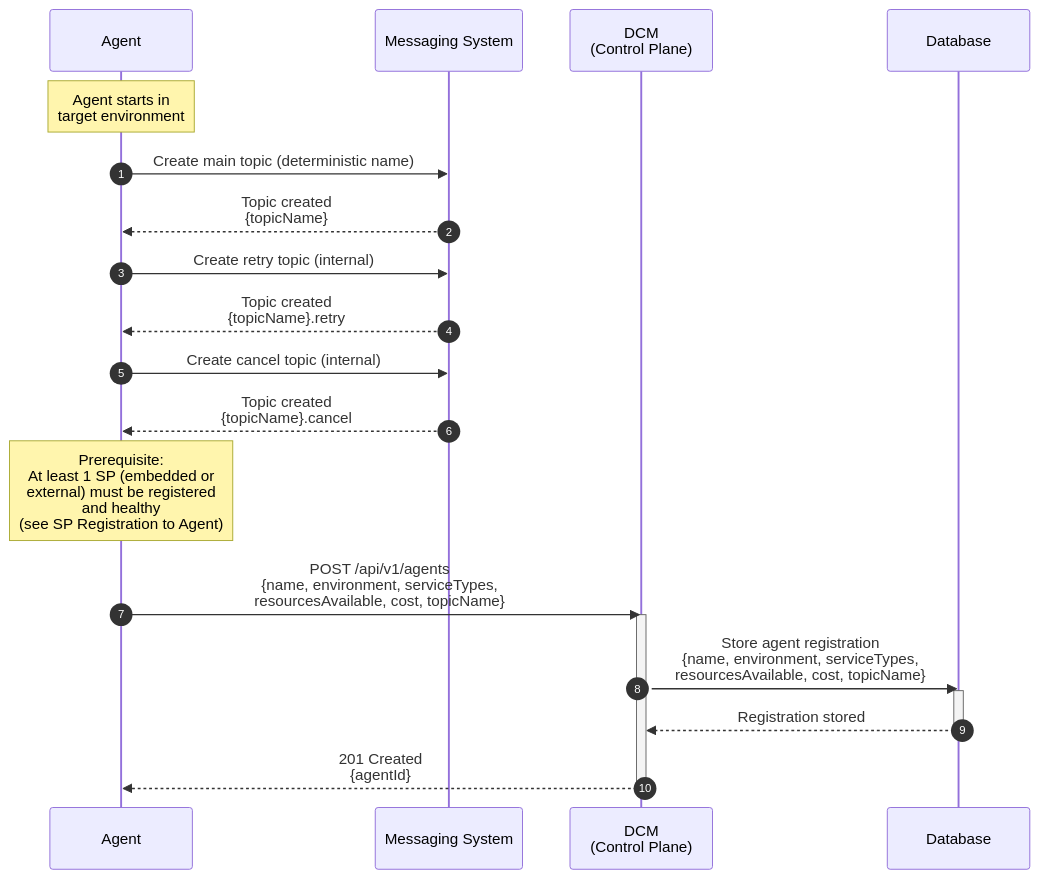
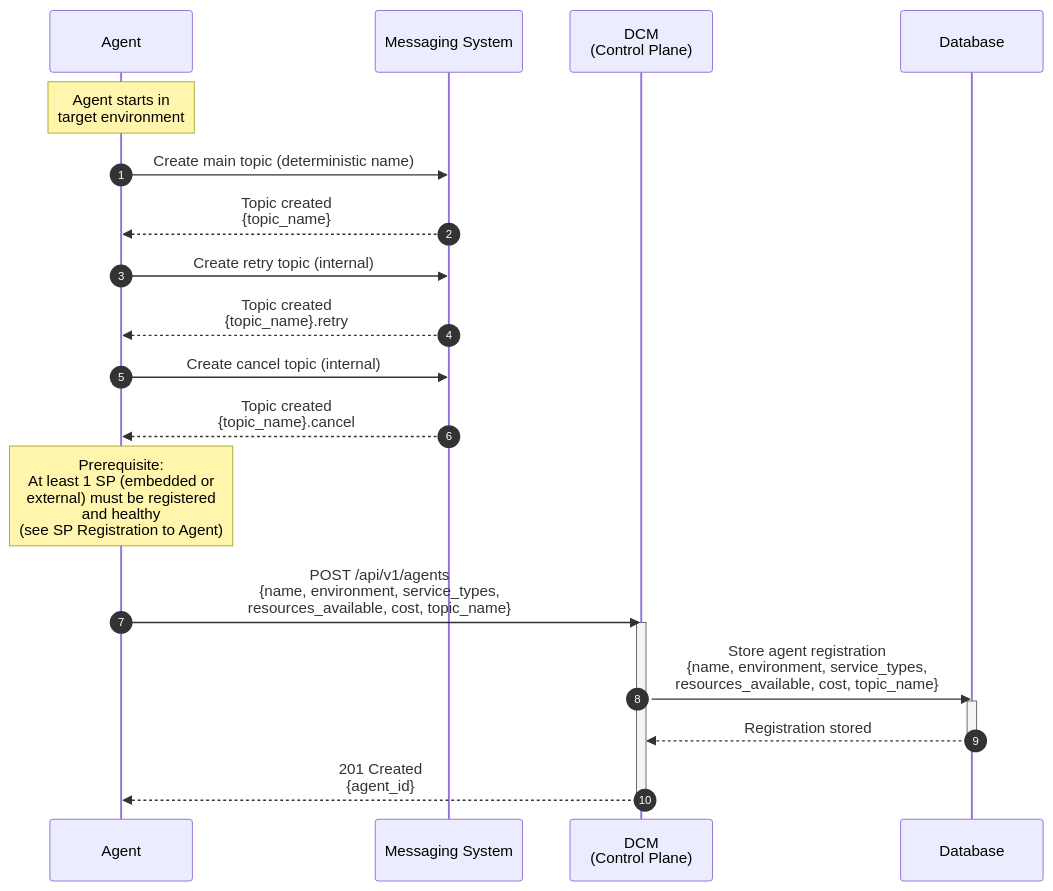
One commit to dcm-project/enhancements changed the third of 7 diagrams in enhancements/environment-agent/environment-agent.md. Above: the diagram before and after it, drawn with Mermaid. The commit also changed other lines of this file and 19 other files, not shown here.

````diff
--- a/enhancements/environment-agent/environment-agent.md
+++ b/enhancements/environment-agent/environment-agent.md
@@ -507,32 +507,32 @@
 ```mermaid
 sequenceDiagram
     autonumber
     participant AG as Agent
     participant MS as Messaging System
     participant DCM as DCM<br/>(Control Plane)
     participant DB as Database
 
     Note over AG: Agent starts in<br/>target environment
 
     AG->>MS: Create main topic (deterministic name)
-    MS-->>AG: Topic created<br/>{topicName}
+    MS-->>AG: Topic created<br/>{topic_name}
 
     AG->>MS: Create retry topic (internal)
-    MS-->>AG: Topic created<br/>{topicName}.retry
+    MS-->>AG: Topic created<br/>{topic_name}.retry
 
     AG->>MS: Create cancel topic (internal)
-    MS-->>AG: Topic created<br/>{topicName}.cancel
+    MS-->>AG: Topic created<br/>{topic_name}.cancel
 
     Note over AG: Prerequisite:<br/>At least 1 SP (embedded or<br/>external) must be registered<br/>and healthy<br/>(see SP Registration to Agent)
 
-    AG->>DCM: POST /api/v1/agents<br/>{name, environment, serviceTypes,<br/>resourcesAvailable, cost, topicName}
+    AG->>DCM: POST /api/v1/agents<br/>{name, environment, service_types,<br/>resources_available, cost, topic_name}
     activate DCM
 
-    DCM->>DB: Store agent registration<br/>{name, environment, serviceTypes,<br/>resourcesAvailable, cost, topicName}
+    DCM->>DB: Store agent registration<br/>{name, environment, service_types,<br/>resources_available, cost, topic_name}
     activate DB
     DB-->>DCM: Registration stored
     deactivate DB
 
-    DCM-->>AG: 201 Created<br/>{agentId}
+    DCM-->>AG: 201 Created<br/>{agent_id}
     deactivate DCM
 ```
````
